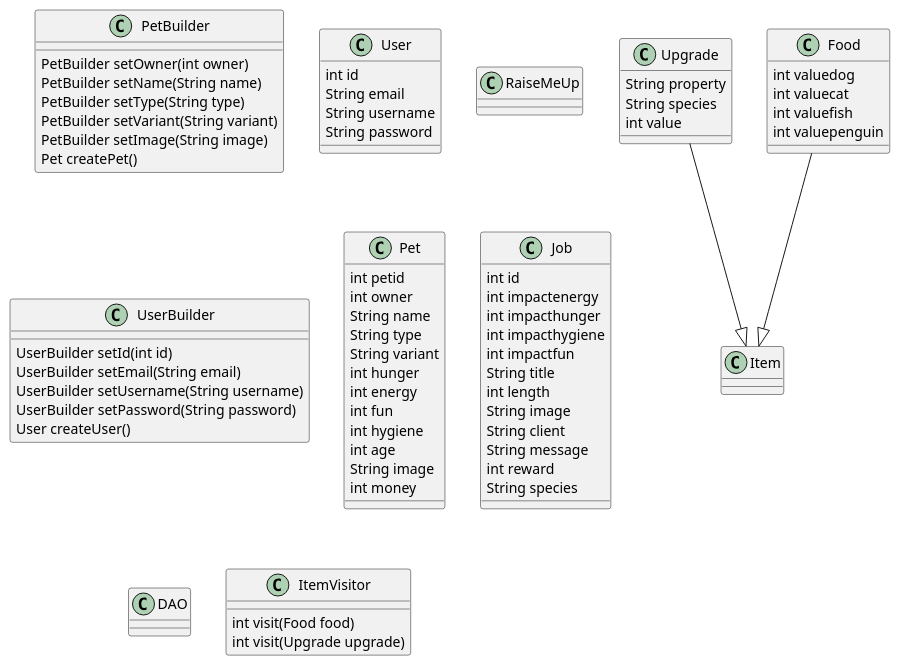
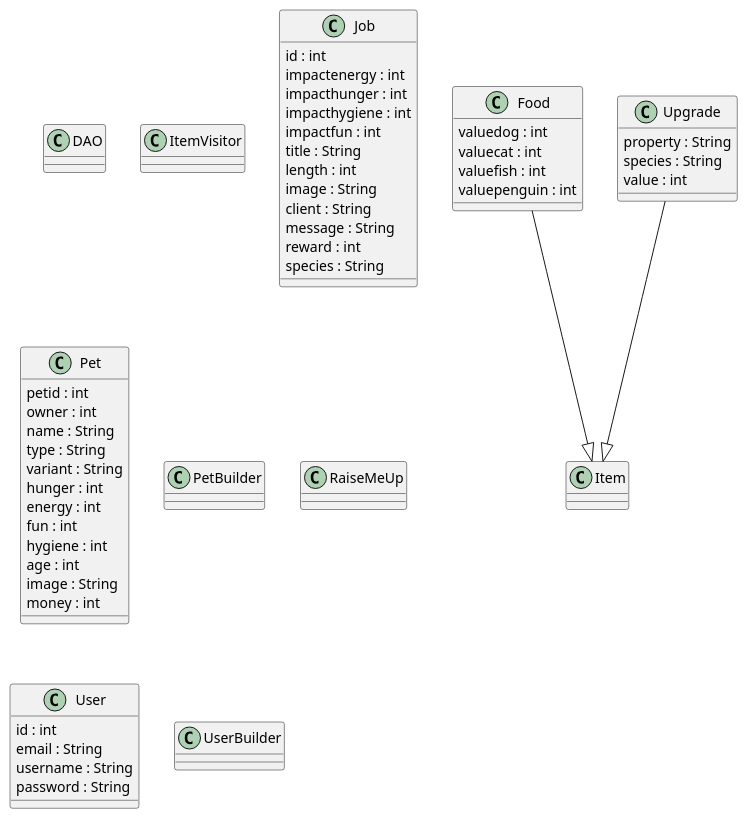
Before and after one commit to sh4r10/thesis-autogen-classdiagrams: the diagram in artefacts/controlled-experiment/project-2/t2-haf.puml, drawn with PlantUML. The commit also changed 15 other files, not shown here.

```diff
--- a/artefacts/controlled-experiment/project-2/t2-haf.puml
+++ b/artefacts/controlled-experiment/project-2/t2-haf.puml
@@ -1,72 +1,71 @@
 @startuml
-class Upgrade {
-    String property
-    String species
-    int value
+
+class DAO {
 }
+
+class Food {
+    valuedog : int
+    valuecat : int
+    valuefish : int
+    valuepenguin : int
+}
+
+class ItemVisitor {
+}
+
+class Job {
+    id : int
+    impactenergy : int
+    impacthunger : int
+    impacthygiene : int
+    impactfun : int
+    title : String
+    length : int
+    image : String
+    client : String
+    message : String
+    reward : int
+    species : String
+}
+
+class Pet {
+    petid : int
+    owner : int
+    name : String
+    type : String
+    variant : String
+    hunger : int
+    energy : int
+    fun : int
+    hygiene : int
+    age : int
+    image : String
+    money : int
+}
+
 class PetBuilder {
-    PetBuilder setOwner(int owner)
-    PetBuilder setName(String name)
-    PetBuilder setType(String type)
-    PetBuilder setVariant(String variant)
-    PetBuilder setImage(String image)
-    Pet createPet()
 }
-class User {
-    int id
-    String email
-    String username
-    String password
-}
+
 class RaiseMeUp {
 }
+
+class Upgrade {
+    property : String
+    species : String
+    value : int
+}
+
+class User {
+    id : int
+    email : String
+    username : String
+    password : String
+}
+
 class UserBuilder {
-    UserBuilder setId(int id)
-    UserBuilder setEmail(String email)
-    UserBuilder setUsername(String username)
-    UserBuilder setPassword(String password)
-    User createUser()
 }
-class Pet {
-    int petid
-    int owner
-    String name
-    String type
-    String variant
-    int hunger
-    int energy
-    int fun
-    int hygiene
-    int age
-    String image
-    int money
-}
-class Job {
-    int id
-    int impactenergy
-    int impacthunger
-    int impacthygiene
-    int impactfun
-    String title
-    int length
-    String image
-    String client
-    String message
-    int reward
-    String species
-}
-class Food {
-    int valuedog
-    int valuecat
-    int valuefish
-    int valuepenguin
-}
-class DAO {
-}
-class ItemVisitor {
-    int visit(Food food)
-    int visit(Upgrade upgrade)
-}
+
+Food --|> Item
 Upgrade --|> Item
-Food --|> Item
+
 @enduml
```
